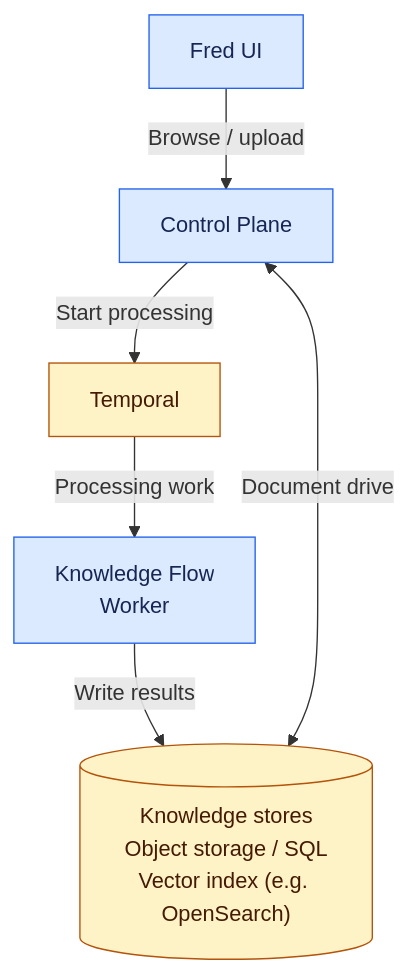
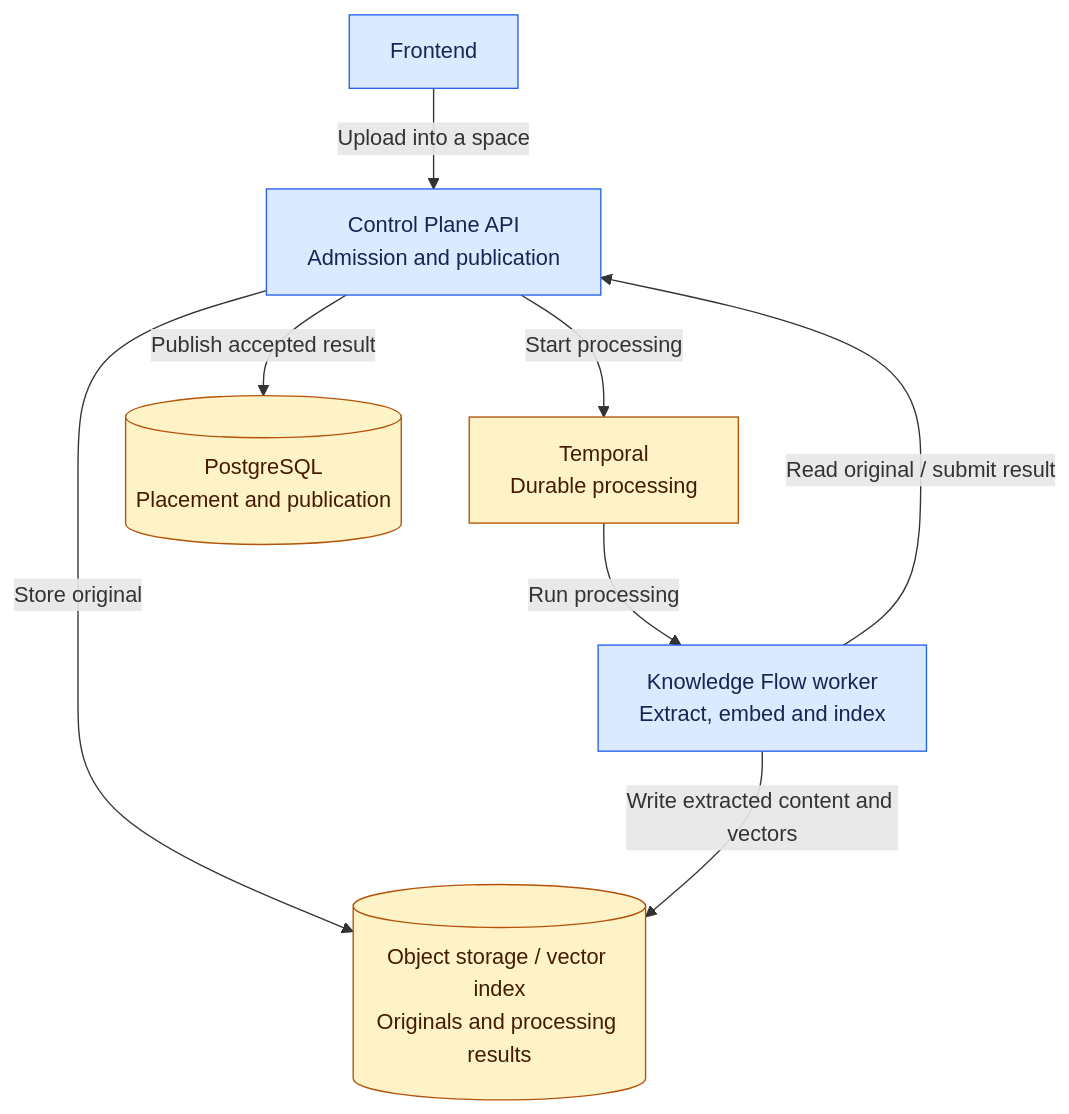
Before and after one commit to ThalesGroup/fred: the second of 6 diagrams in docs/architecture/01-system-overview.md, drawn with Mermaid. The commit also changed other lines of this file and 10 other files, not shown here.

````diff
--- a/docs/architecture/01-system-overview.md
+++ b/docs/architecture/01-system-overview.md
@@ -28,13 +56,21 @@
 ```mermaid
 flowchart TB
-    ui["Fred UI"] -->|"Browse / upload"| cp["Control Plane"]
-    cp -->|"Start processing"| temporal["Temporal"]
-    temporal -->|"Processing work"| kf["Knowledge Flow<br/>Worker"]
-    kf -->|"Write results"| stores[("Knowledge stores<br/>Object storage / SQL<br/>Vector index (e.g. OpenSearch)")]
-    cp <-->|"Document drive"| stores
+    ui["Frontend"]
+    api["Control Plane API<br/>Admission and publication"]
+    temporal["Temporal<br/>Durable processing"]
+    kfw["Knowledge Flow worker<br/>Extract, embed and index"]
+    artifacts[("Object storage / vector index<br/>Originals and processing results")]
+    facts[("PostgreSQL<br/>Placement and publication")]
+    ui -->|"Upload into a space"| api
+    api -->|"Store original"| artifacts
+    api -->|"Start processing"| temporal
+    temporal -->|"Run processing"| kfw
+    kfw -->|"Read original / submit result"| api
+    kfw -->|"Write extracted content and vectors"| artifacts
+    api -->|"Publish accepted result"| facts
 
     classDef fred fill:#DBEAFE,stroke:#2563EB,color:#172554
     classDef cots fill:#FEF3C7,stroke:#B45309,color:#451A03
-    class ui,cp,kf fred
-    class temporal,stores cots
+    class ui,api,kfw fred
+    class temporal,artifacts,facts cots
 ```
````
